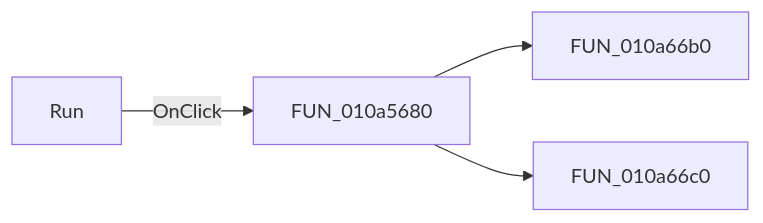
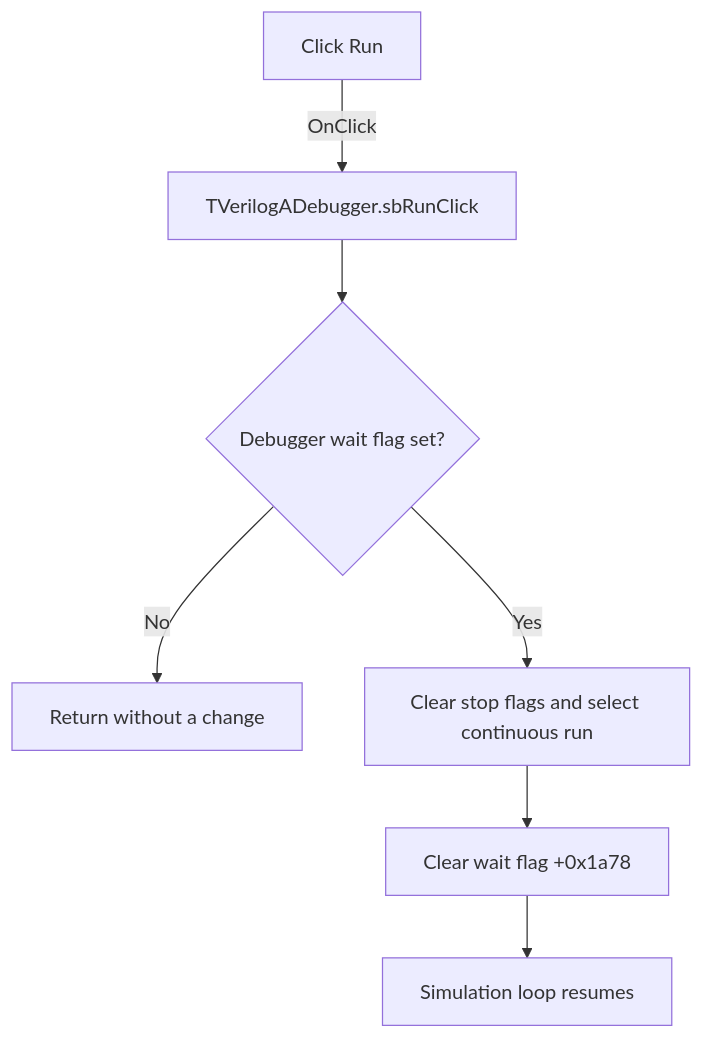
One commit to MovGP0/TIARA changed the diagram in docs/ui-controls/verilogadebugger/sbrun-001501ff62.md. Above: the diagram before and after it, drawn with Mermaid. The commit also changed other lines of this file and 387 other files, not shown here.

````diff
--- a/docs/ui-controls/verilogadebugger/sbrun-001501ff62.md
+++ b/docs/ui-controls/verilogadebugger/sbrun-001501ff62.md
@@ -27,6 +29,9 @@
 ```mermaid
-flowchart LR
-    control["Run"] -->|OnClick| handler["FUN_010a5680"]
-    handler --> call1["FUN_010a66b0"]
-    handler --> call2["FUN_010a66c0"]
+flowchart TD
+    control["Click Run"] -->|"OnClick"| handler["TVerilogADebugger.sbRunClick"]
+    handler --> stopped{"Debugger wait flag set?"}
+    stopped -->|"No"| unchanged["Return without a change"]
+    stopped -->|"Yes"| flags["Clear stop flags and select continuous run"]
+    flags --> release["Clear wait flag +0x1a78"]
+    release --> running["Simulation loop resumes"]
 ```
````
